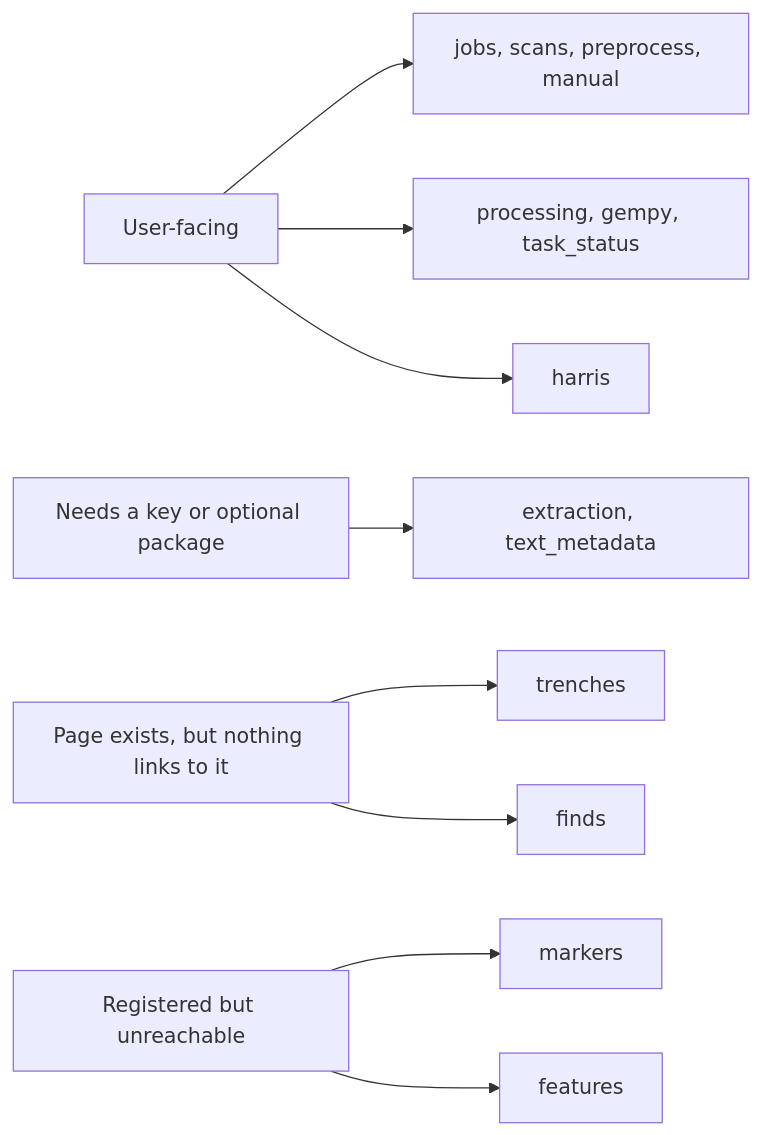
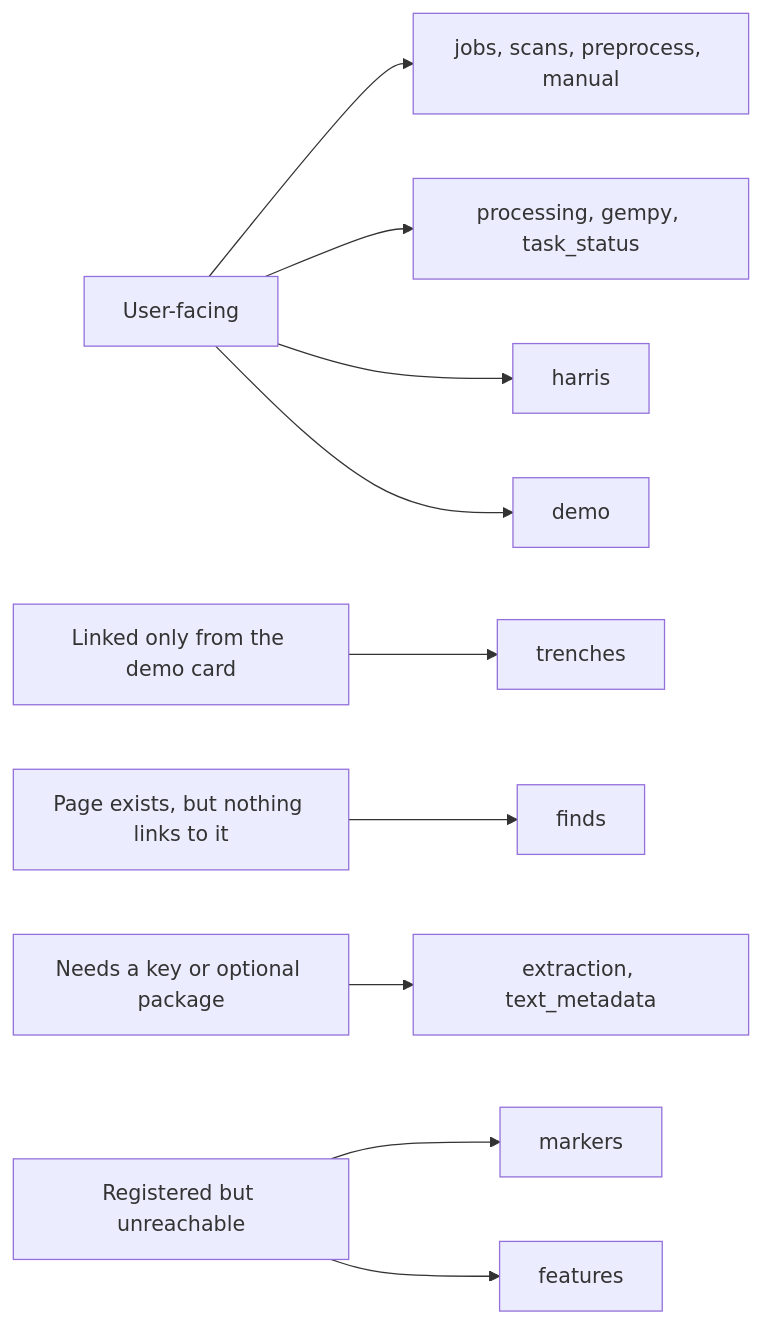
One commit to jennarbates/StratigraphyGenerator changed the diagram in docs/reference/api-routes.md. Above: the diagram before and after it, drawn with Mermaid. The commit also changed other lines of this file and 202 other files, not shown here.

````diff
--- a/docs/reference/api-routes.md
+++ b/docs/reference/api-routes.md
@@ -29,11 +30,12 @@
 ```mermaid
 flowchart LR
   U[User-facing] --> U1[jobs, scans, preprocess, manual]
   U --> U2[processing, gempy, task_status]
   U --> U3[harris]
+  U --> U4[demo]
+  D[Linked only from the demo card] --> D1[trenches]
+  P[Page exists, but nothing links to it] --> P2[finds]
   E[Needs a key or optional package] --> E1[extraction, text_metadata]
-  P[Page exists, but nothing links to it] --> P1[trenches]
-  P --> P2[finds]
   B[Registered but unreachable] --> B1[markers]
   B --> B2[features]
 ```
````
